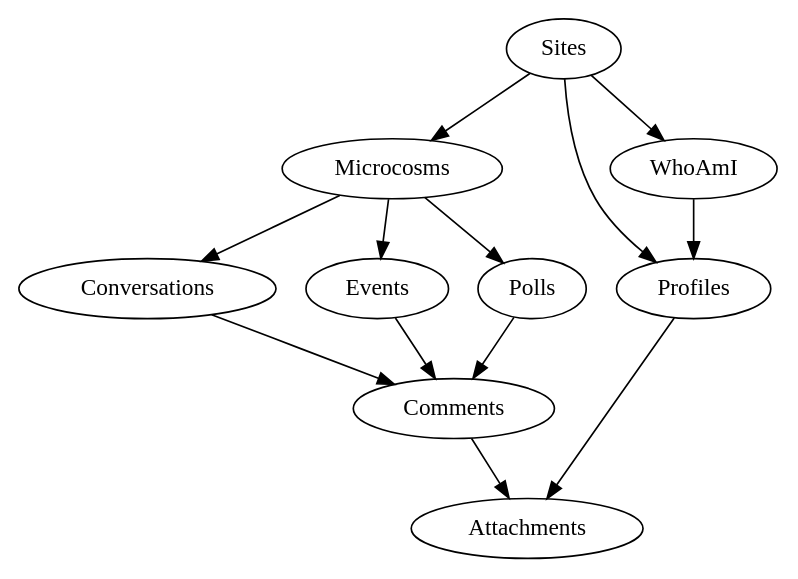
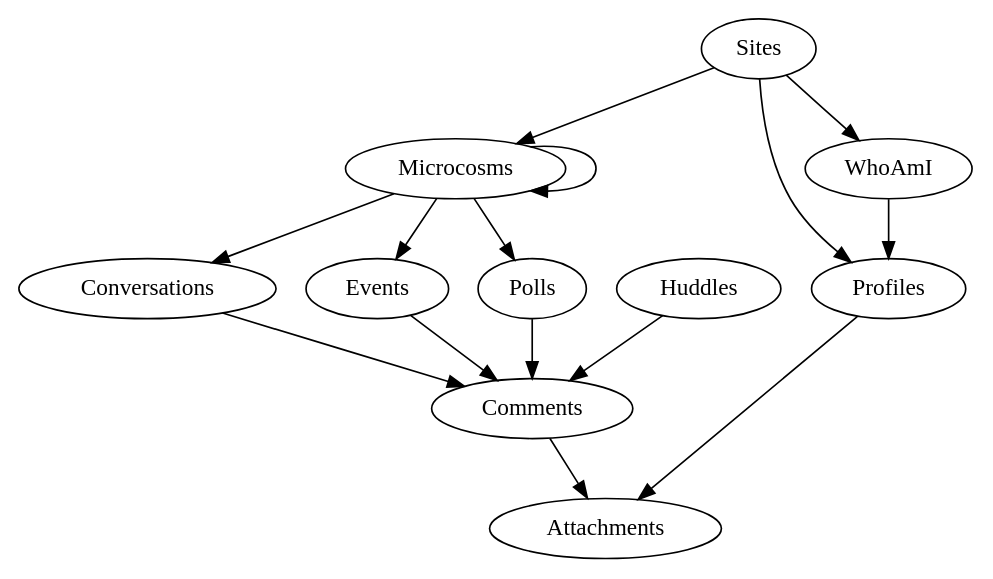
The diagram in flow.dot (microcosm-collective/microcosm-docs), drawn with Graphviz before and after one commit. The commit also changed 17 other files, not shown here.

```diff
--- a/flow.dot
+++ b/flow.dot
@@ -1,12 +1,14 @@
 digraph ApiFlow{
 	Sites -> Microcosms;
 	Sites -> Profiles;
 	Sites -> WhoAmI;
 	Microcosms -> Conversations;
 	Microcosms -> Events;
 	Microcosms -> Polls;
+	Microcosms -> Microcosms;
 	Conversations -> Comments -> Attachments;
 	Events -> Comments;
 	Polls -> Comments;
+	Huddles -> Comments;
 	WhoAmI -> Profiles -> Attachments;
 }
```
